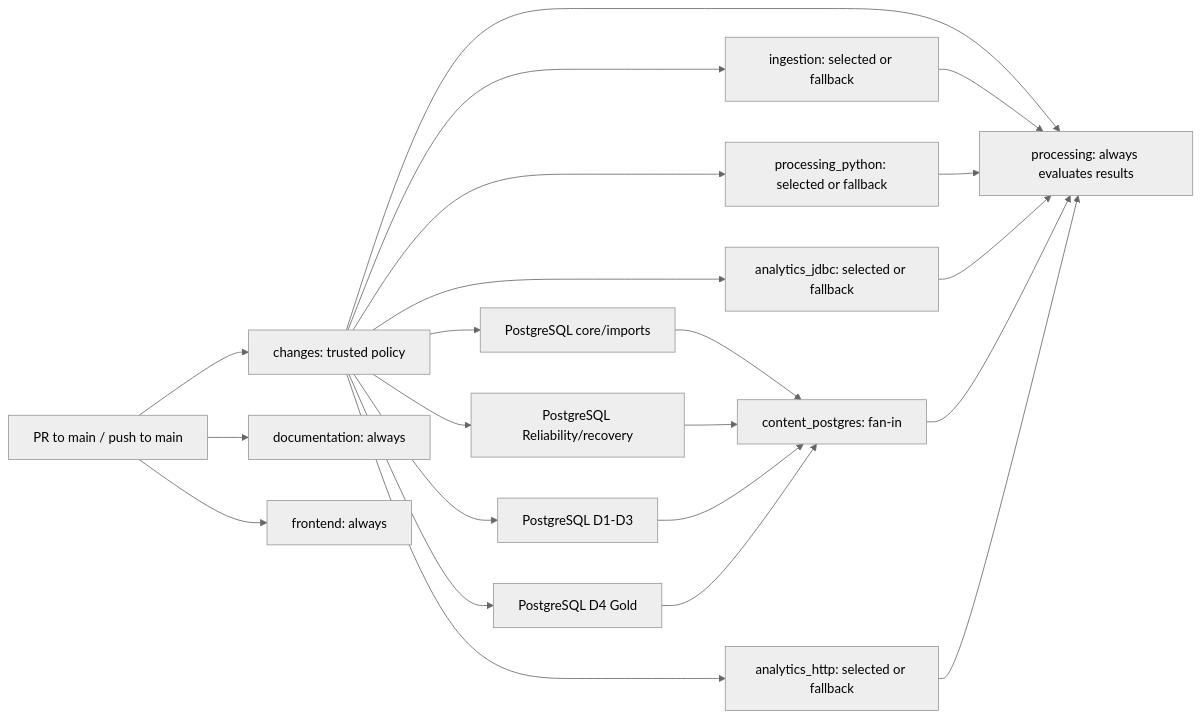
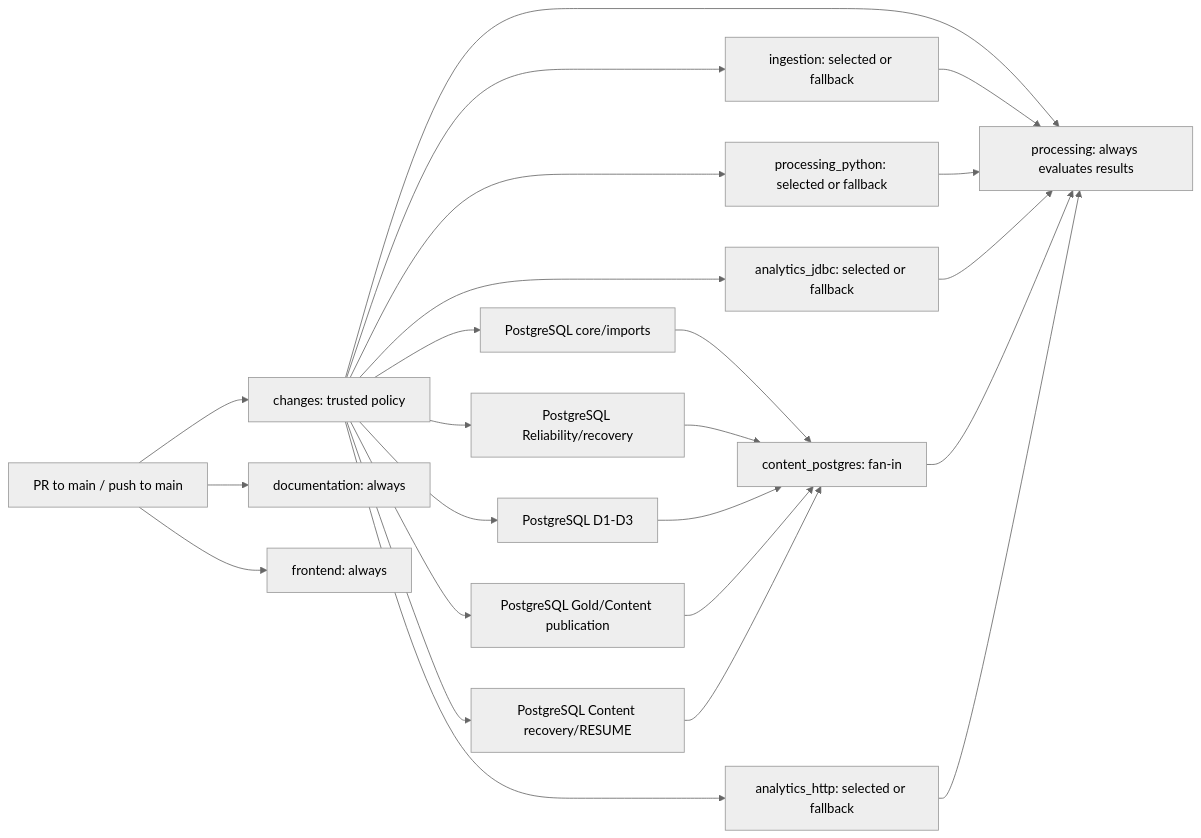
The diagram in docs/operations/ci.md (saurabh-tayade/distributed-data-intelligence-platform), drawn with Mermaid (neutral theme) before and after one commit. The commit also changed other lines of this file and 9 other files, not shown here.

Commit message:
ci(postgres): split content recovery from gold partition

````diff
--- a/docs/operations/ci.md
+++ b/docs/operations/ci.md
@@ -23,24 +24,26 @@
 ```mermaid
 flowchart LR
   event[PR to main / push to main] --> changes[changes: trusted policy]
   event --> docs[documentation: always]
   event --> frontend[frontend: always]
   changes --> ingestion[ingestion: selected or fallback]
   changes --> python[processing_python: selected or fallback]
   changes --> jdbc[analytics_jdbc: selected or fallback]
   changes --> pgcore[PostgreSQL core/imports]
   changes --> pgrel[PostgreSQL Reliability/recovery]
   changes --> pgingest[PostgreSQL D1-D3]
-  changes --> pggold[PostgreSQL D4 Gold]
+  changes --> pggold[PostgreSQL Gold/Content publication]
+  changes --> pgrecovery[PostgreSQL Content recovery/RESUME]
   pgcore --> postgres[content_postgres: fan-in]
   pgrel --> postgres
   pgingest --> postgres
   pggold --> postgres
+  pgrecovery --> postgres
   changes --> http[analytics_http: selected or fallback]
   changes --> gate[processing: always evaluates results]
   ingestion --> gate
   python --> gate
   jdbc --> gate
   postgres --> gate
   http --> gate
 ```
````
